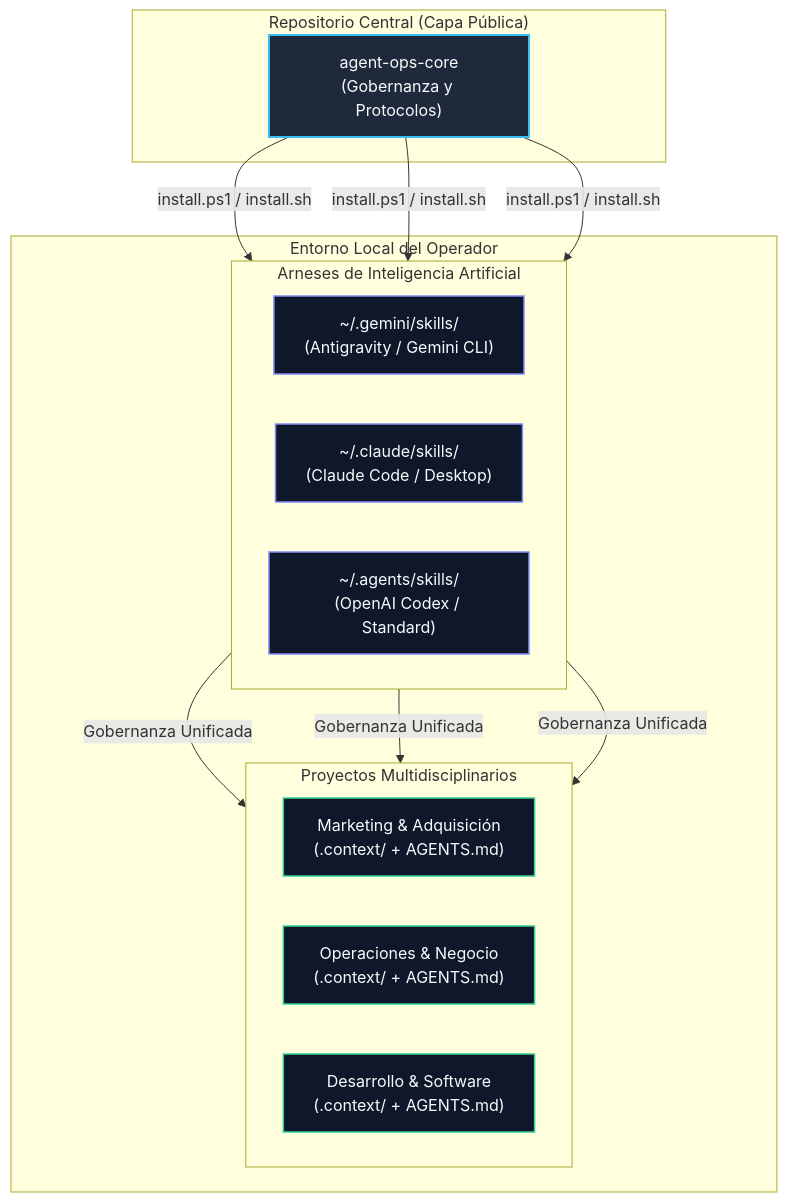
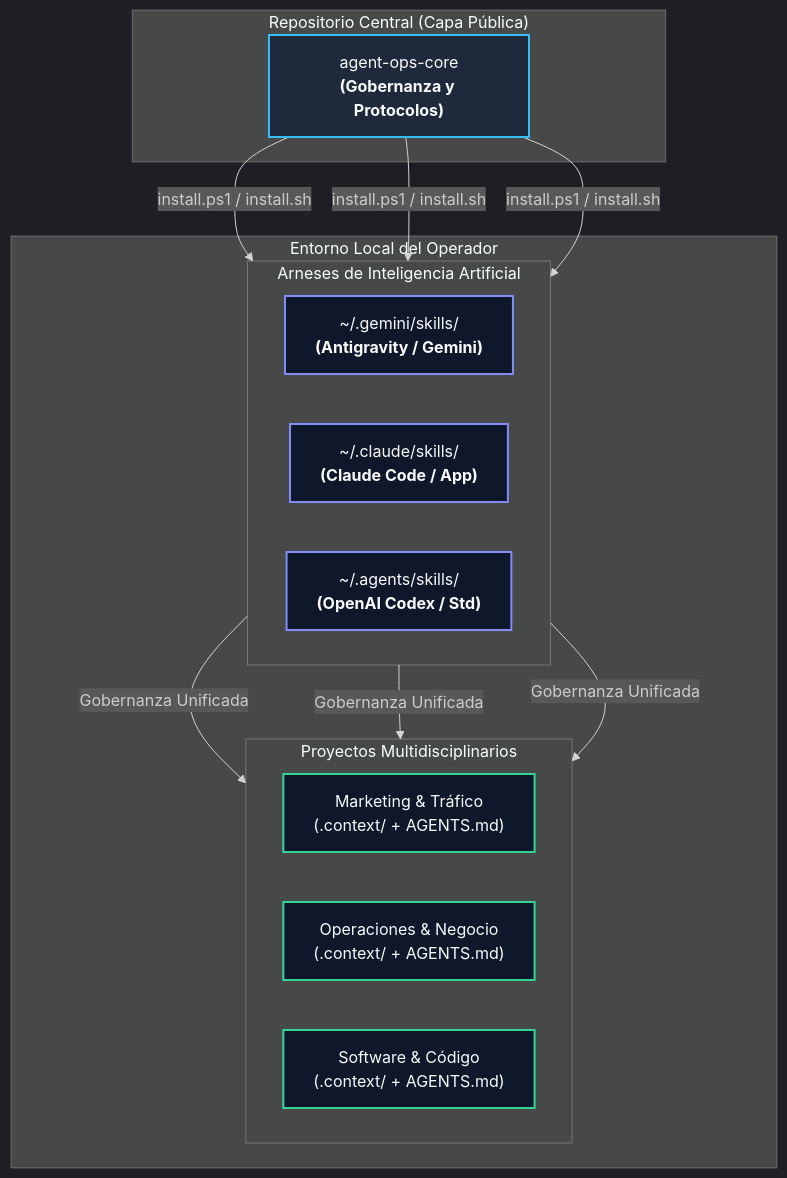
Before and after one commit to eddvasquez/agent-ops-core: the first of 3 diagrams in README.md, drawn with Mermaid. The commit also changed other lines of this file, not shown here.

Commit message:
docs(diagrams): optimizar aspect ratio, fontSize y wrapping para renderizado 1:1 en GitHub

````diff
--- a/README.md
+++ b/README.md
@@ -83,37 +83,38 @@
 ```mermaid
+%%{init: {'theme': 'dark', 'themeVariables': { 'fontSize': '16px', 'fontFamily': 'system-ui, -apple-system, sans-serif' }}}%%
 flowchart TD
     subgraph GITHUB["Repositorio Central (Capa Pública)"]
-        Core["agent-ops-core<br>(Gobernanza y Protocolos)"]
+        Core["agent-ops-core<br><b>(Gobernanza y Protocolos)</b>"]
     end
 
     subgraph LOCAL["Entorno Local del Operador"]
         subgraph HARNESSES["Arneses de Inteligencia Artificial"]
             direction LR
-            Gemini["~/.gemini/skills/<br>(Antigravity / Gemini CLI)"]
-            Claude["~/.claude/skills/<br>(Claude Code / Desktop)"]
-            Codex["~/.agents/skills/<br>(OpenAI Codex / Standard)"]
+            Gemini["~/.gemini/skills/<br><b>(Antigravity / Gemini)</b>"]
+            Claude["~/.claude/skills/<br><b>(Claude Code / App)</b>"]
+            Codex["~/.agents/skills/<br><b>(OpenAI Codex / Std)</b>"]
         end
 
         subgraph PROYECTOS["Proyectos Multidisciplinarios"]
             direction LR
-            P1["Marketing & Adquisición<br>(.context/ + AGENTS.md)"]
+            P1["Marketing & Tráfico<br>(.context/ + AGENTS.md)"]
             P2["Operaciones & Negocio<br>(.context/ + AGENTS.md)"]
-            P3["Desarrollo & Software<br>(.context/ + AGENTS.md)"]
+            P3["Software & Código<br>(.context/ + AGENTS.md)"]
         end
     end
 
     Core -->|"install.ps1 / install.sh"| Gemini
     Core -->|"install.ps1 / install.sh"| Claude
     Core -->|"install.ps1 / install.sh"| Codex
 
     Gemini -->|"Gobernanza Unificada"| PROYECTOS
     Claude -->|"Gobernanza Unificada"| PROYECTOS
     Codex -->|"Gobernanza Unificada"| PROYECTOS
 
     classDef central fill:#1e293b,stroke:#38bdf8,stroke-width:2px,color:#f8fafc;
-    classDef harness fill:#0f172a,stroke:#818cf8,stroke-width:1.5px,color:#f8fafc;
-    classDef project fill:#0f172a,stroke:#34d399,stroke-width:1.5px,color:#f8fafc;
+    classDef harness fill:#0f172a,stroke:#818cf8,stroke-width:2px,color:#f8fafc;
+    classDef project fill:#0f172a,stroke:#34d399,stroke-width:2px,color:#f8fafc;
     class Core central;
     class Gemini,Claude,Codex harness;
     class P1,P2,P3 project;
 ```
````
